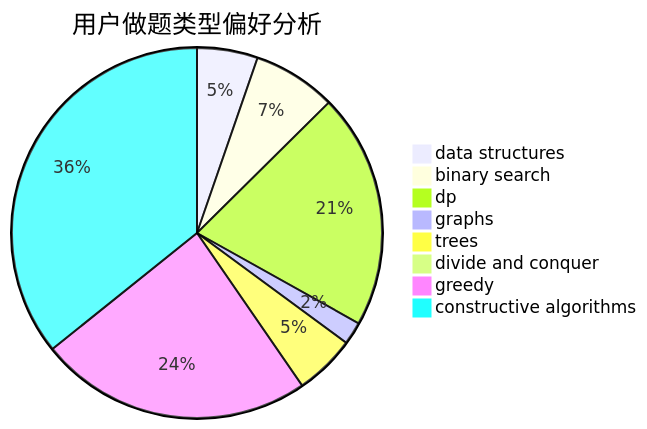
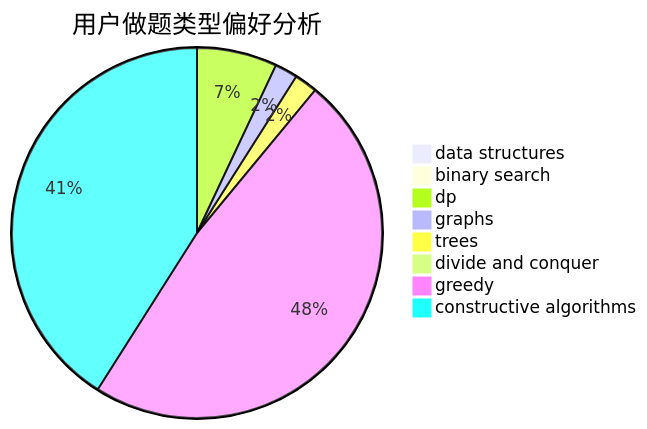
The second of 3 diagrams in docs/user/u2534.md (sherpahu/cfrs.github.io), drawn with Mermaid before and after one commit. The commit also changed other lines of this file and 2770 other files, not shown here.

````diff
--- a/docs/user/u2534.md
+++ b/docs/user/u2534.md
@@ -23,11 +23,11 @@
 ```mermaid
 pie title 用户做题类型偏好分析
-    "data structures" :  8
-    "binary search" :  11
-    "dp" :  31
-    "graphs" :  3
-    "trees" :  8
+    "data structures" :  0
+    "binary search" :  1
+    "dp" :  7
+    "graphs" :  2
+    "trees" :  2
     "divide and conquer" :  0
-    "greedy" :  36
-    "constructive algorithms" :  54
+    "greedy" :  48
+    "constructive algorithms" :  41
 ```
````
